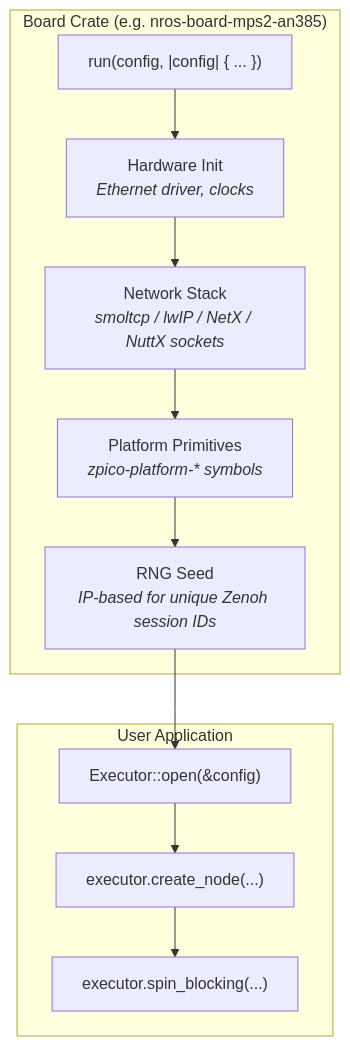
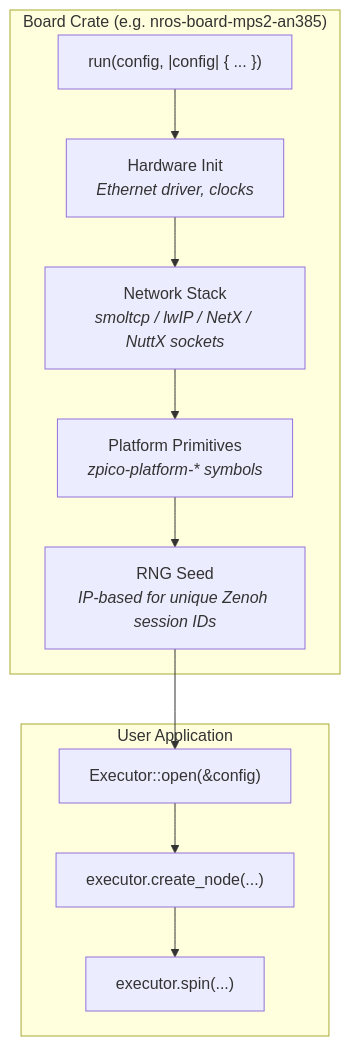
One commit to NEWSLabNTU/nano-ros changed the seventh of 14 diagrams in docs/design/0001-architecture-overview.md. Above: the diagram before and after it, drawn with Mermaid. The commit also changed other lines of this file and 28 other files, not shown here.

First line of the commit message:
refactor(phase-427 W11): migrate every `spin_blocking` call site to `spin`

````diff
--- a/docs/design/0001-architecture-overview.md
+++ b/docs/design/0001-architecture-overview.md
@@ -419,19 +419,19 @@
 ```mermaid
 graph TD
     subgraph "Board Crate (e.g. nros-board-mps2-an385)"
         RUN["run(config, |config| { ... })"]
         HW["Hardware Init<br/><i>Ethernet driver, clocks</i>"]
         NET["Network Stack<br/><i>smoltcp / lwIP / NetX / NuttX sockets</i>"]
         PLAT["Platform Primitives<br/><i>zpico-platform-* symbols</i>"]
         SEED["RNG Seed<br/><i>IP-based for unique Zenoh session IDs</i>"]
     end
 
     subgraph "User Application"
         OPEN["Executor::open(&config)"]
         NODE2["executor.create_node(...)"]
-        SPIN["executor.spin_blocking(...)"]
+        SPIN["executor.spin(...)"]
     end
 
     RUN --> HW --> NET --> PLAT --> SEED
     SEED --> OPEN --> NODE2 --> SPIN
 ```
````
